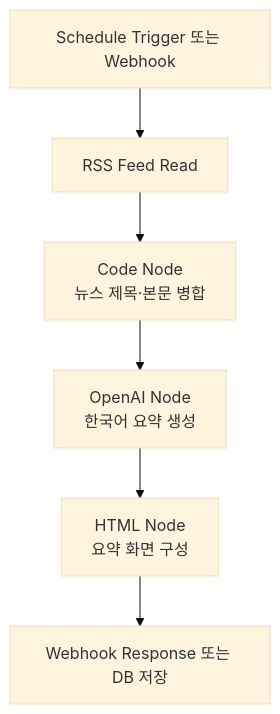
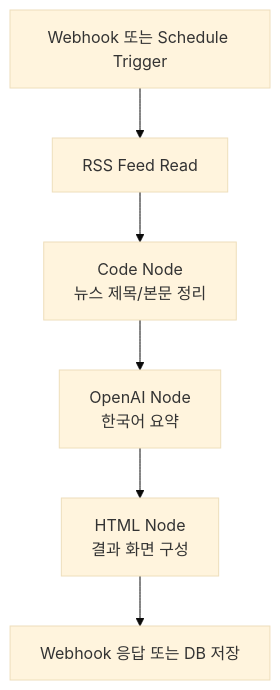
One commit to tomatosugarpickled/announcement-_ai changed the seventh of 8 diagrams in README.md. Above: the diagram before and after it, drawn with Mermaid (base theme). The commit also changed other lines of this file and 6 other files, not shown here.

````diff
--- a/README.md
+++ b/README.md
@@ -324,8 +380,8 @@
 ```mermaid
 flowchart TD
-    A["Schedule Trigger 또는 Webhook"] --> B["RSS Feed Read"]
-    B --> C["Code Node<br/>뉴스 제목·본문 병합"]
-    C --> D["OpenAI Node<br/>한국어 요약 생성"]
-    D --> E["HTML Node<br/>요약 화면 구성"]
-    E --> F["Webhook Response 또는 DB 저장"]
+    A["Webhook 또는 Schedule Trigger"] --> B["RSS Feed Read"]
+    B --> C["Code Node<br/>뉴스 제목/본문 정리"]
+    C --> D["OpenAI Node<br/>한국어 요약"]
+    D --> E["HTML Node<br/>결과 화면 구성"]
+    E --> F["Webhook 응답 또는 DB 저장"]
 ```
````
